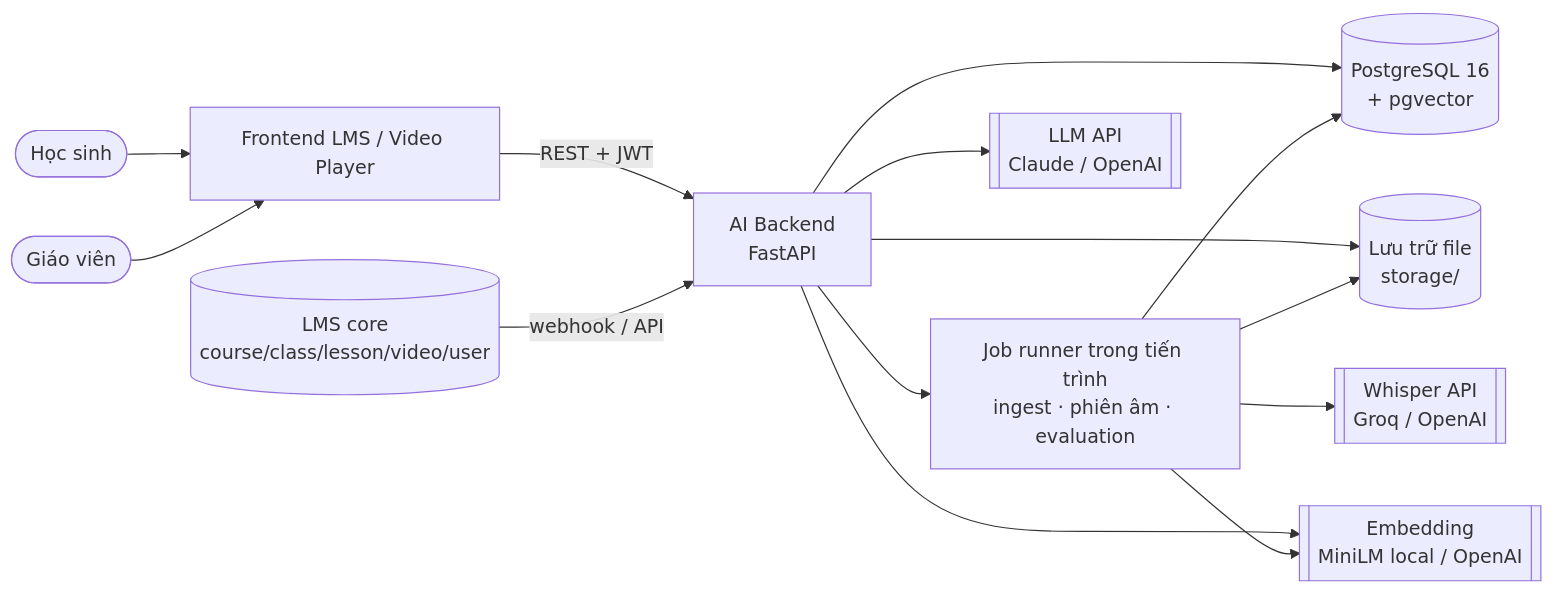
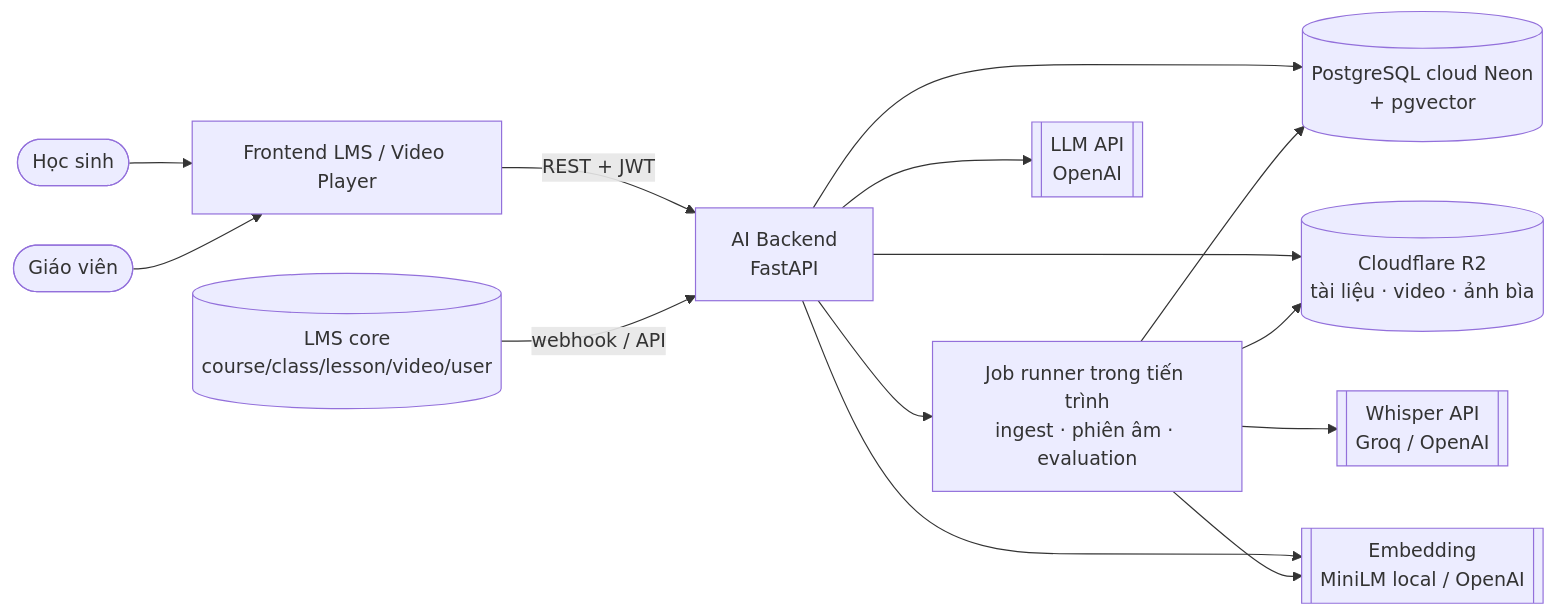
Before and after one commit to duynguy3n2916/D04N: the first of 10 diagrams in architecture.md, drawn with Mermaid. The commit also changed other lines of this file and 5 other files, not shown here.

````diff
--- a/architecture.md
+++ b/architecture.md
@@ -192,16 +192,16 @@
 ```mermaid
 flowchart LR
     HS([Học sinh]) --> FE[Frontend LMS / Video Player]
     GV([Giáo viên]) --> FE
     FE -->|REST + JWT| API[AI Backend<br/>FastAPI]
     LMS[(LMS core<br/>course/class/lesson/video/user)] -->|webhook / API| API
-    API --> PG[(PostgreSQL 16<br/>+ pgvector)]
+    API --> PG[(PostgreSQL cloud Neon<br/>+ pgvector)]
     API --> WK[Job runner trong tiến trình<br/>ingest · phiên âm · evaluation]
     WK --> PG
-    API --> OBJ[(Lưu trữ file<br/>storage/)]
+    API --> OBJ[(Cloudflare R2<br/>tài liệu · video · ảnh bìa)]
     WK --> OBJ
-    API --> LLM[[LLM API<br/>Claude / OpenAI]]
+    API --> LLM[[LLM API<br/>OpenAI]]
     WK --> STT[[Whisper API<br/>Groq / OpenAI]]
     API --> EMB[[Embedding<br/>MiniLM local / OpenAI]]
     WK --> EMB
 ```
````
